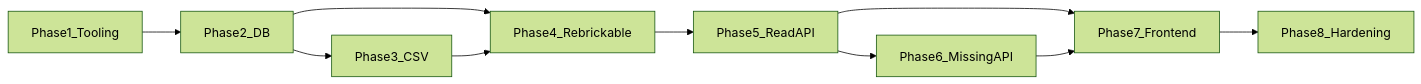
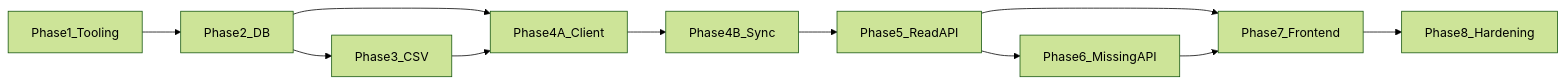
Before and after one commit to mostafavi12/lego-collection-manager: the diagram in docs/development-plan.md, drawn with Mermaid (forest theme). The commit also changed other lines of this file and 21 other files, not shown here.

Commit message:
added rebrickable-client

````diff
--- a/docs/development-plan.md
+++ b/docs/development-plan.md
@@ -119,20 +133,22 @@
 ```mermaid
 flowchart LR
   phase1[Phase1_Tooling]
   phase2[Phase2_DB]
   phase3[Phase3_CSV]
-  phase4[Phase4_Rebrickable]
+  phase4a[Phase4A_Client]
+  phase4b[Phase4B_Sync]
   phase5[Phase5_ReadAPI]
   phase6[Phase6_MissingAPI]
   phase7[Phase7_Frontend]
   phase8[Phase8_Hardening]
   phase1 --> phase2
   phase2 --> phase3
-  phase2 --> phase4
-  phase3 --> phase4
-  phase4 --> phase5
+  phase2 --> phase4a
+  phase3 --> phase4a
+  phase4a --> phase4b
+  phase4b --> phase5
   phase5 --> phase6
   phase5 --> phase7
   phase6 --> phase7
   phase7 --> phase8
 ```
````
